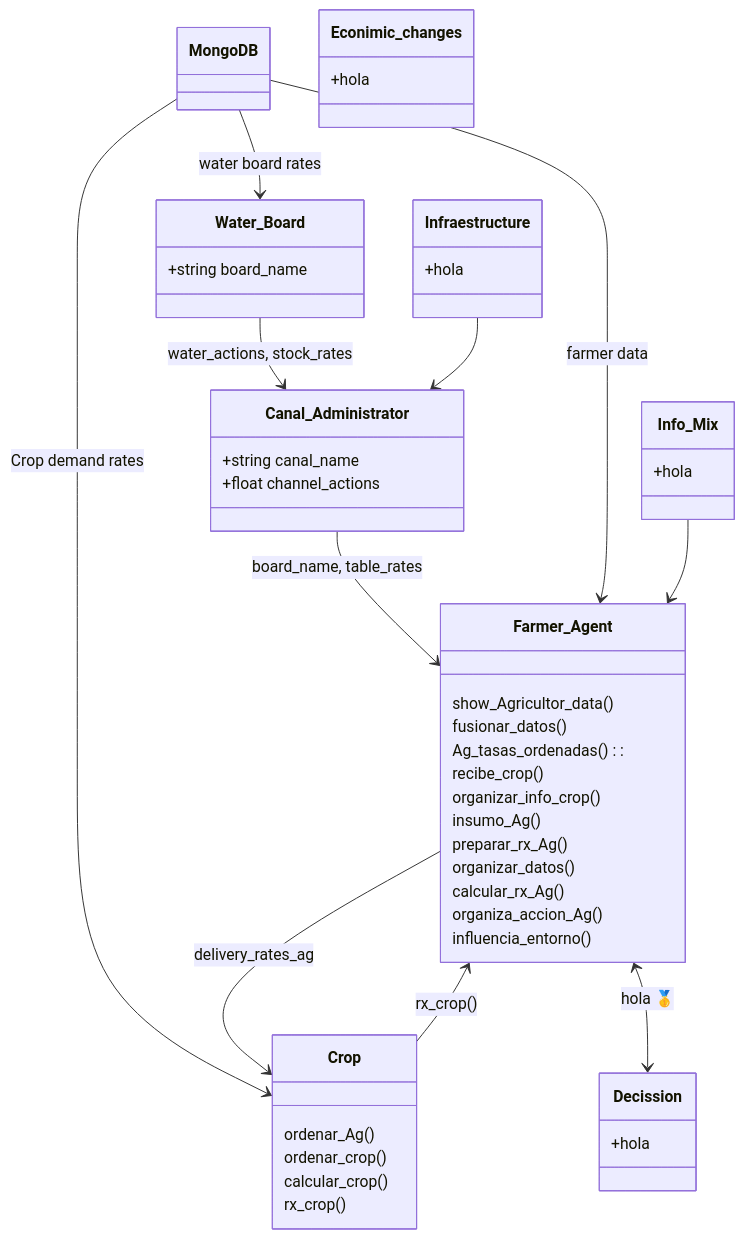
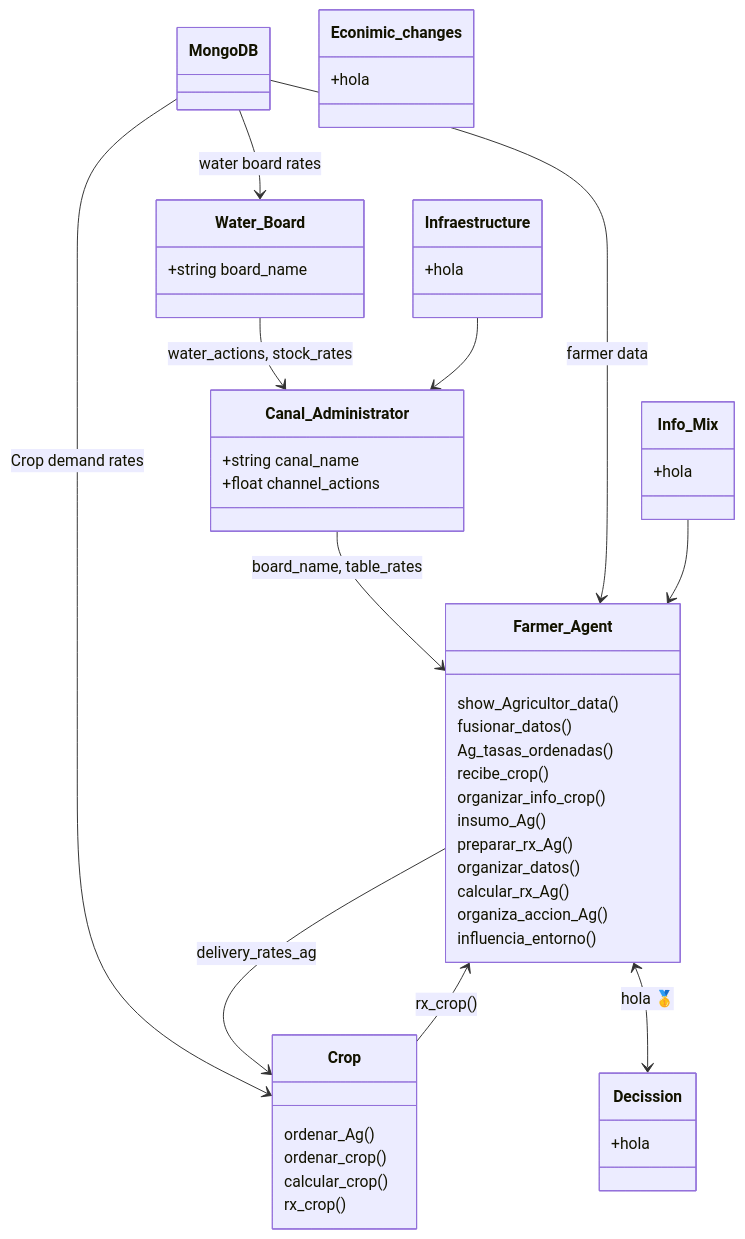
The diagram in README.md (Pablov81/Agrotopia), drawn with Mermaid before and after one commit.

````diff
--- a/README.md
+++ b/README.md
@@ -46,62 +46,62 @@
 ```mermaid
 classDiagram
     class MongoDB {
     }
 
     class Water_Board {
         +string board_name
     }
 
     class Canal_Administrator{
         +string canal_name
         +float channel_actions
     }
 
     class Farmer_Agent {
         show_Agricultor_data()
         fusionar_datos()
-        Ag_tasas_ordenadas():
+        Ag_tasas_ordenadas()
         recibe_crop()
         organizar_info_crop()
         insumo_Ag()
         preparar_rx_Ag()
         organizar_datos()
         calcular_rx_Ag()
         organiza_accion_Ag()
         influencia_entorno()
     }
 
     class Crop {
         ordenar_Ag()
         ordenar_crop()
         calcular_crop()
         rx_crop()
     }
 
     class Decission {
         +hola
     }
 
     class Info_Mix {
         +hola
     }
 
     class Infraestructure {
         +hola
     }
 
     class Econimic_changes {
         +hola
     }
 
     Water_Board --> Canal_Administrator: water_actions, stock_rates
     Canal_Administrator --> Farmer_Agent: board_name, table_rates
     MongoDB --> Water_Board: water board rates
     MongoDB --> Farmer_Agent: farmer data
     MongoDB --> Crop: Crop demand rates
     Farmer_Agent --> Crop: delivery_rates_ag
     Farmer_Agent <--> Decission:hola 🥇
     Info_Mix-->Farmer_Agent
     Infraestructure-->Canal_Administrator
     Crop --> Farmer_Agent:rx_crop()
 ```
````
